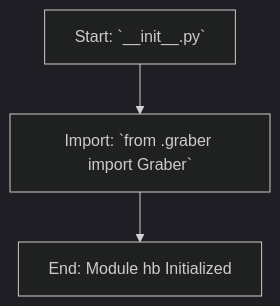
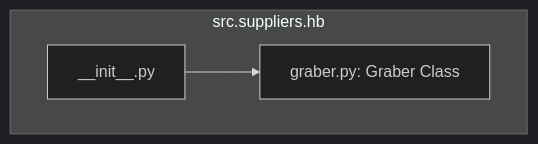
Before and after one commit to hypo69/hypo: the second of 2 diagrams in docs/gemini/ru/explainer/src/suppliers/hb/__init__.py.md, drawn with Mermaid (dark theme). The commit also changed other lines of this file and 1505 other files, not shown here.

````diff
--- a/docs/gemini/ru/explainer/src/suppliers/hb/__init__.py.md
+++ b/docs/gemini/ru/explainer/src/suppliers/hb/__init__.py.md
@@ -15,5 +24,6 @@
 ```mermaid
 flowchart TD
-    Start[Start: `__init__.py`] --> ImportGraber[Import: `from .graber import Graber`];
-    ImportGraber --> End[End: Module hb Initialized]
+    subgraph src.suppliers.hb
+        A[__init__.py] --> B[graber.py: Graber Class]
+    end
 ```
````
